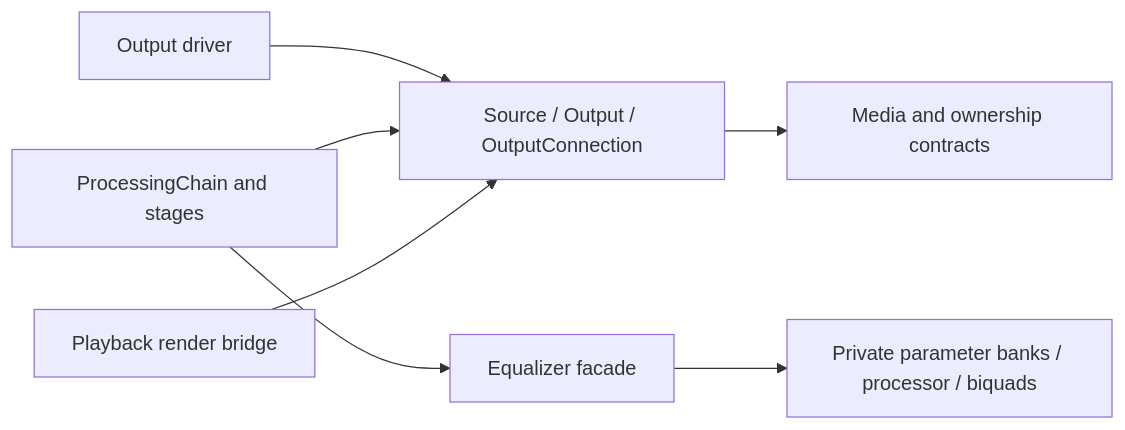
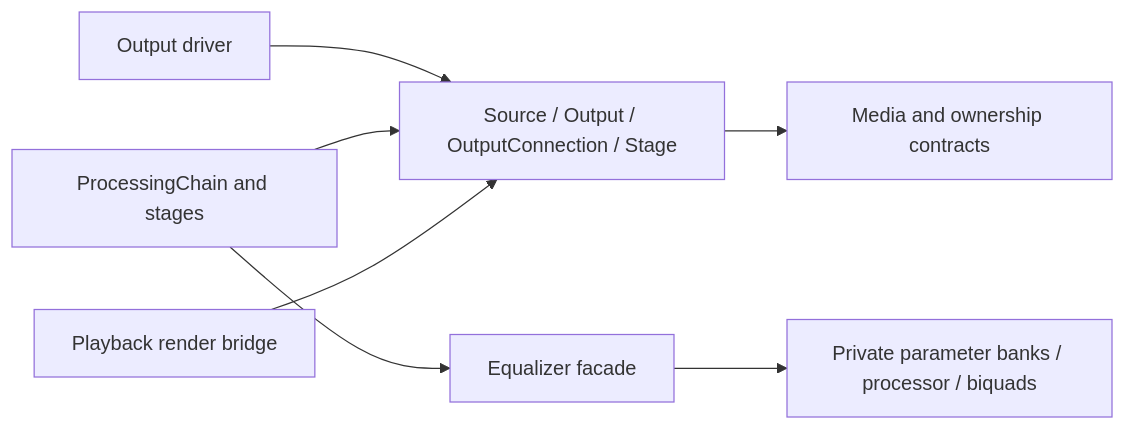
The diagram in src/core/audio/README.md (Vokerlee/wiola-player), drawn with Mermaid before and after one commit. The commit also changed other lines of this file and 20 other files, not shown here.

````diff
--- a/src/core/audio/README.md
+++ b/src/core/audio/README.md
@@ -5,9 +5,9 @@
 ```mermaid
 flowchart LR
-    Driver[Output driver] --> Output[Source / Output / OutputConnection]
+    Driver[Output driver] --> Output[Source / Output / OutputConnection / Stage]
     Processing[ProcessingChain and stages] --> Output
     Equalizer[Equalizer facade] --> Private[Private parameter banks / processor / biquads]
     Processing --> Equalizer
     Playback[Playback render bridge] --> Output
     Output --> Media[Media and ownership contracts]
 ```
````
